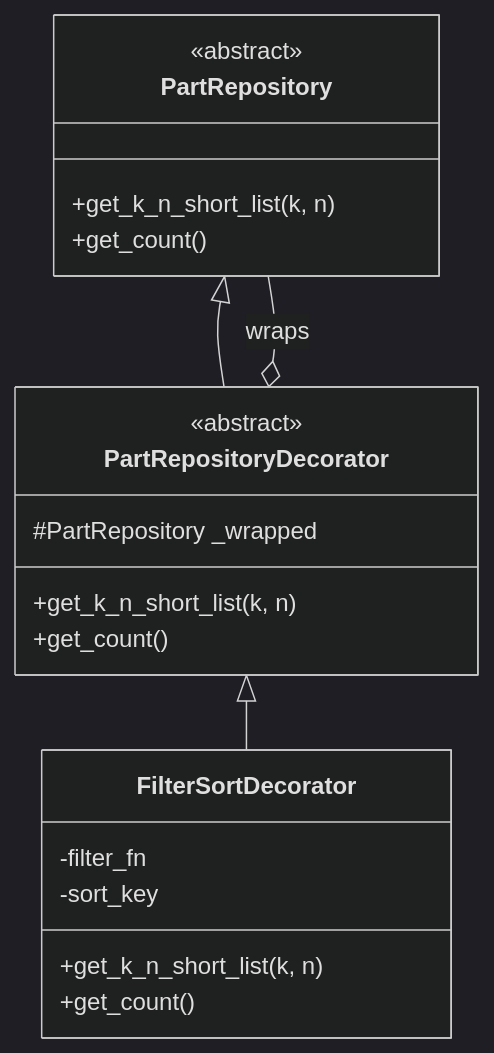
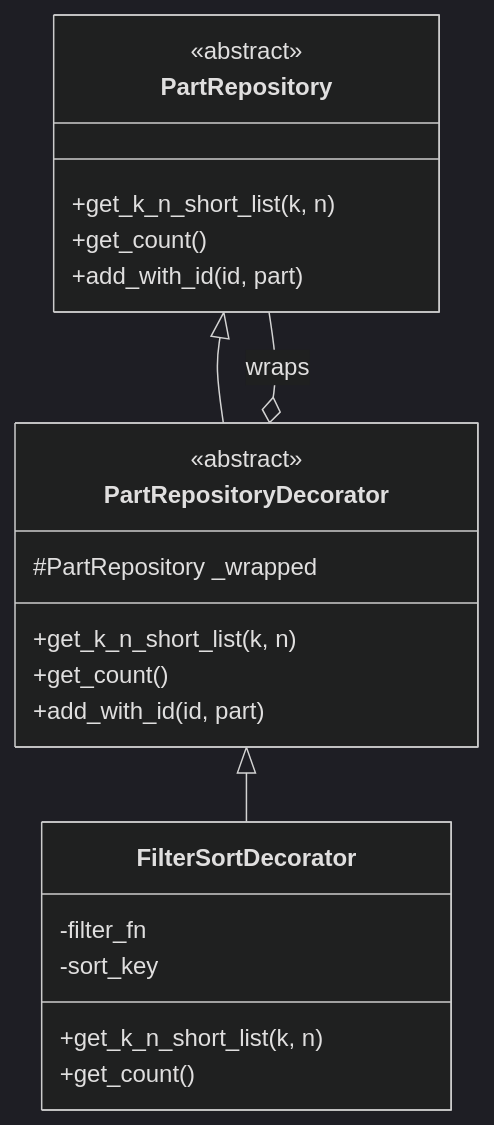
Before and after one commit to timxx21/lab2a: the sixth of 7 diagrams in README.md, drawn with Mermaid (dark theme). The commit also changed other lines of this file, not shown here.

````diff
--- a/README.md
+++ b/README.md
@@ -297,23 +314,25 @@
 ```mermaid
 classDiagram
     class PartRepository {
         <<abstract>>
         +get_k_n_short_list(k, n)
         +get_count()
+        +add_with_id(id, part)
     }
     class PartRepositoryDecorator {
         <<abstract>>
         #PartRepository _wrapped
         +get_k_n_short_list(k, n)
         +get_count()
+        +add_with_id(id, part)
     }
     class FilterSortDecorator {
         -filter_fn
         -sort_key
         +get_k_n_short_list(k, n)
         +get_count()
     }
     PartRepository <|-- PartRepositoryDecorator
     PartRepositoryDecorator <|-- FilterSortDecorator
     PartRepositoryDecorator o-- PartRepository : wraps
 ```
````
